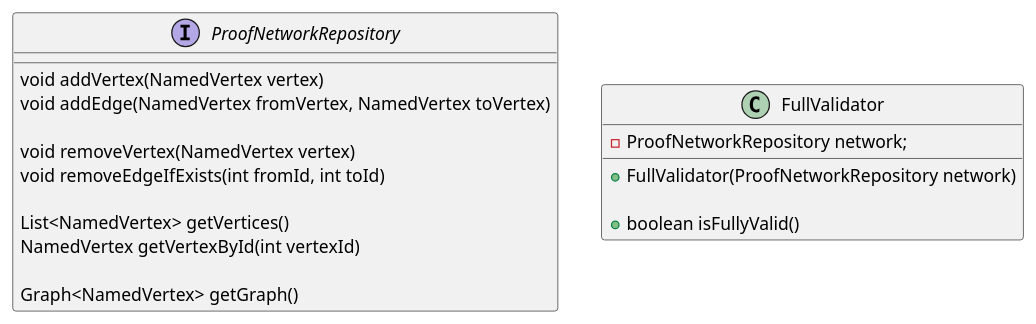
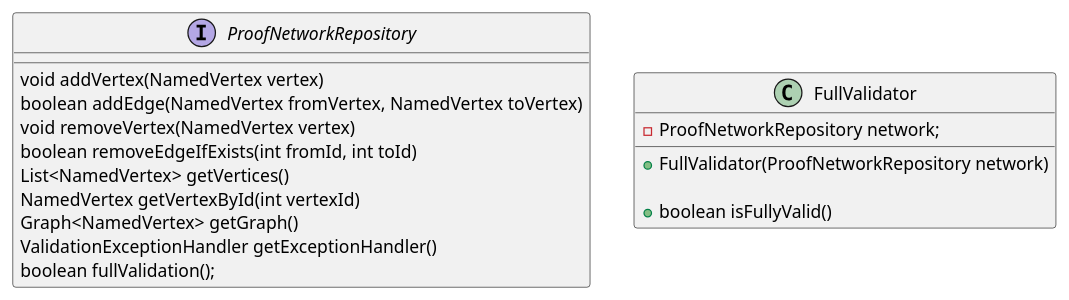
Before and after one commit to keksklauer4/MatLearn: the diagram in uml/srp_negative_improved.puml, drawn with PlantUML. The commit also changed 18 other files, not shown here.

Commit message:
Added uml

```diff
--- a/uml/srp_negative_improved.puml
+++ b/uml/srp_negative_improved.puml
@@ -2,25 +2,24 @@
 @startuml
 interface ProofNetworkRepository {
+     void addVertex(NamedVertex vertex)
+     boolean addEdge(NamedVertex fromVertex, NamedVertex toVertex)
+     void removeVertex(NamedVertex vertex)
+     boolean removeEdgeIfExists(int fromId, int toId)
+     List<NamedVertex> getVertices()
+     NamedVertex getVertexById(int vertexId)
+     Graph<NamedVertex> getGraph()
+     ValidationExceptionHandler getExceptionHandler()
+     boolean fullValidation();
+}
 
-    void addVertex(NamedVertex vertex)
-    void addEdge(NamedVertex fromVertex, NamedVertex toVertex)
-
-    void removeVertex(NamedVertex vertex)
-    void removeEdgeIfExists(int fromId, int toId)
-
-    List<NamedVertex> getVertices()
-    NamedVertex getVertexById(int vertexId)
-
-    Graph<NamedVertex> getGraph()
-}
 
 class FullValidator {
     -ProofNetworkRepository network;
 
     +FullValidator(ProofNetworkRepository network)
 
     +boolean isFullyValid()
 
 
 }
 @enduml
```
